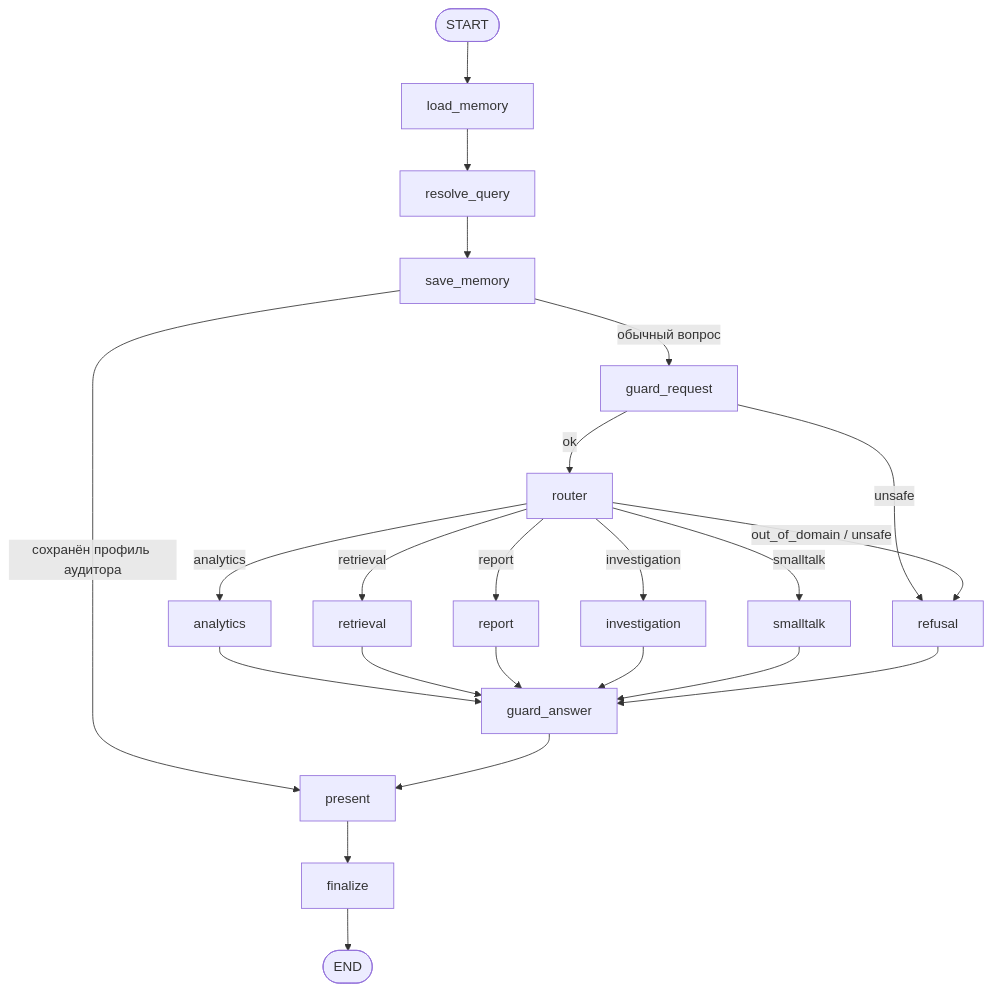
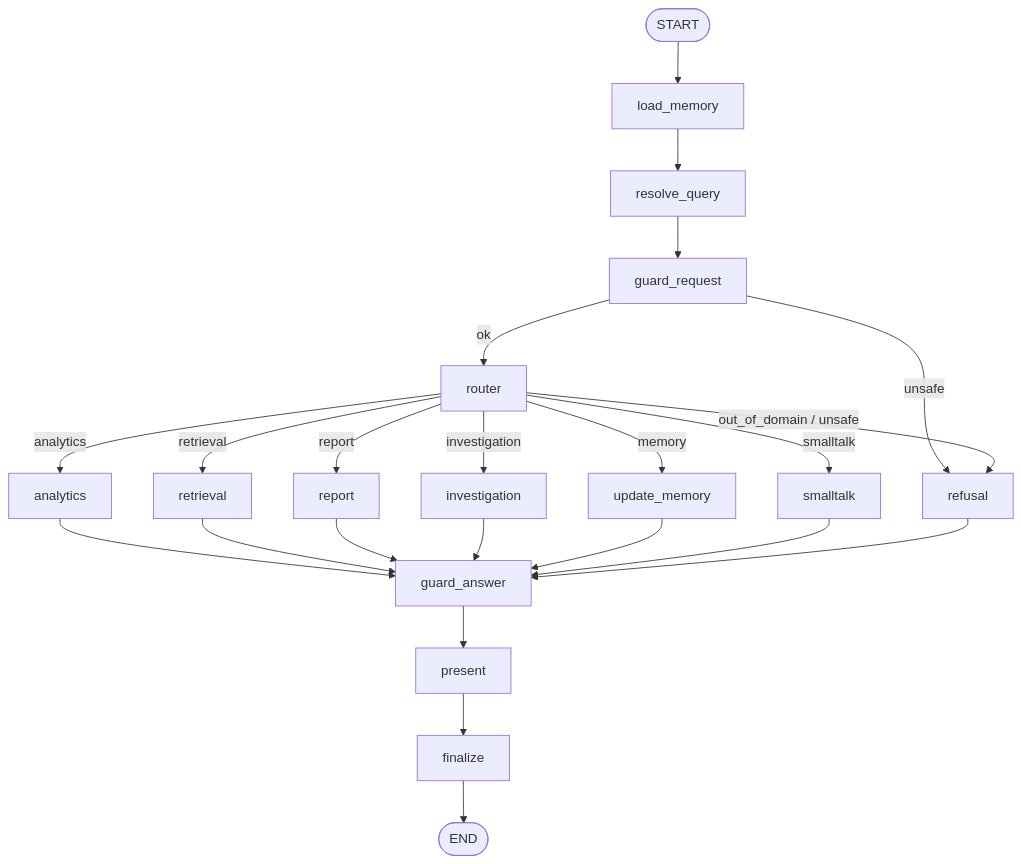
One commit to AlexEgorov85/MultyAgent changed the second of 7 diagrams in docs/architecture.md. Above: the diagram before and after it, drawn with Mermaid. The commit also changed other lines of this file and 33 other files, not shown here.

````diff
--- a/docs/architecture.md
+++ b/docs/architecture.md
@@ -68,25 +68,25 @@
 ```mermaid
 flowchart TD
     S([START]) --> LM["load_memory"]
     LM --> RQ["resolve_query"]
-    RQ --> SM["save_memory"]
-    SM -->|"сохранён профиль аудитора"| PR["present"]
-    SM -->|"обычный вопрос"| GR["guard_request"]
+    RQ --> GR["guard_request"]
     GR -->|"unsafe"| RF["refusal"]
     GR -->|"ok"| RT["router"]
     RT -->|analytics| AN["analytics"]
     RT -->|retrieval| RE["retrieval"]
     RT -->|report| RP["report"]
     RT -->|investigation| IN["investigation"]
+    RT -->|memory| UM["update_memory"]
     RT -->|smalltalk| ST["smalltalk"]
     RT -->|"out_of_domain / unsafe"| RF
     AN --> GA["guard_answer"]
     RE --> GA
     RP --> GA
     IN --> GA
+    UM --> GA
     ST --> GA
     RF --> GA
-    GA --> PR
+    GA --> PR["present"]
     PR --> FN["finalize"]
     FN --> E([END])
 ```
````
